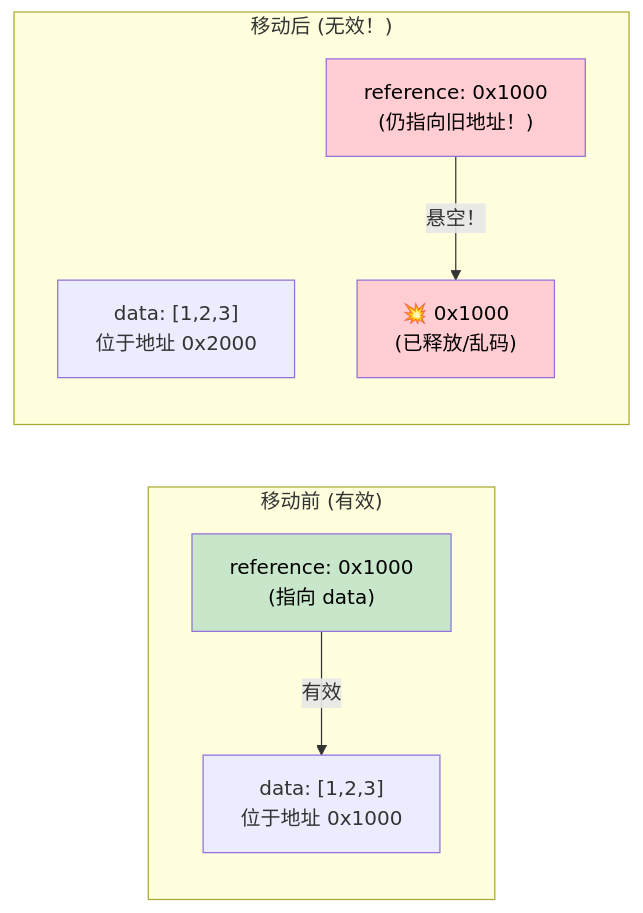
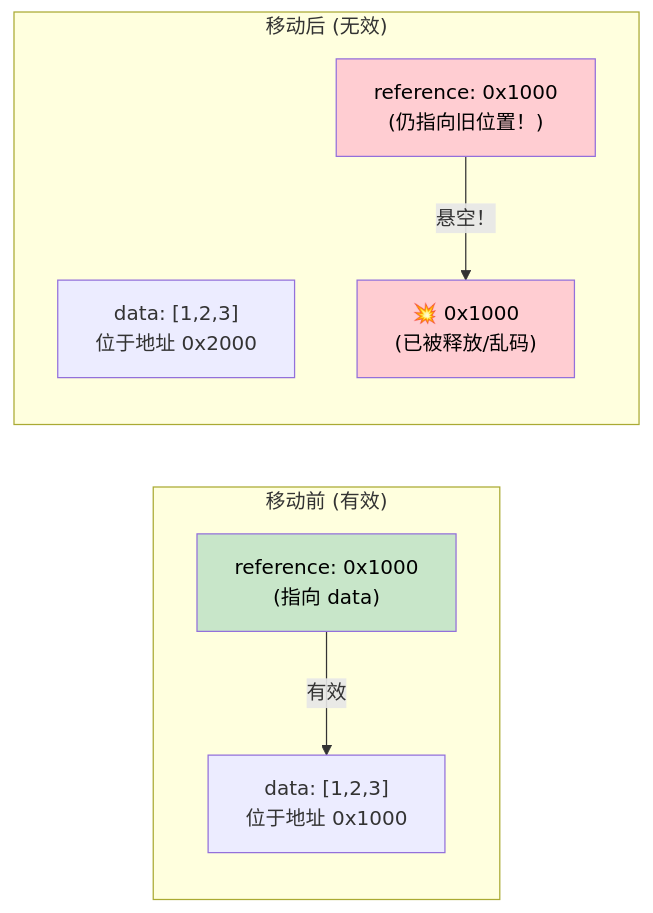
The diagram in async-book/src/zh/ch04-pin-and-unpin.md (veegn/rust-training-zh), drawn with Mermaid before and after one commit. The commit also changed other lines of this file and 354 other files, not shown here.

````diff
--- a/async-book/src/zh/ch04-pin-and-unpin.md
+++ b/async-book/src/zh/ch04-pin-and-unpin.md
@@ -42,18 +42,18 @@
 ```mermaid
 graph LR
     subgraph "移动前 (有效)"
         A["data: [1,2,3]<br/>位于地址 0x1000"]
         B["reference: 0x1000<br/>(指向 data)"]
         B -->|"有效"| A
     end
 
-    subgraph "移动后 (无效！)"
+    subgraph "移动后 (无效)"
         C["data: [1,2,3]<br/>位于地址 0x2000"]
-        D["reference: 0x1000<br/>(仍指向旧地址！)"]
-        D -->|"悬空！"| E["💥 0x1000<br/>(已释放/乱码)"]
+        D["reference: 0x1000<br/>(仍指向旧位置！)"]
+        D -->|"悬空！"| E["💥 0x1000<br/>(已被释放/乱码)"]
     end
 
     style E fill:#ffcdd2,color:#000
     style D fill:#ffcdd2,color:#000
     style B fill:#c8e6c9,color:#000
 ```
````
